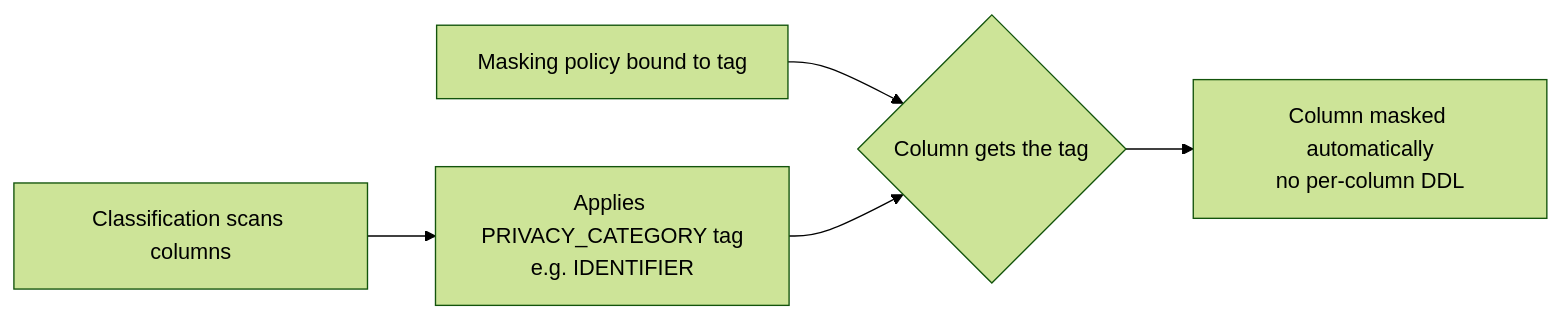
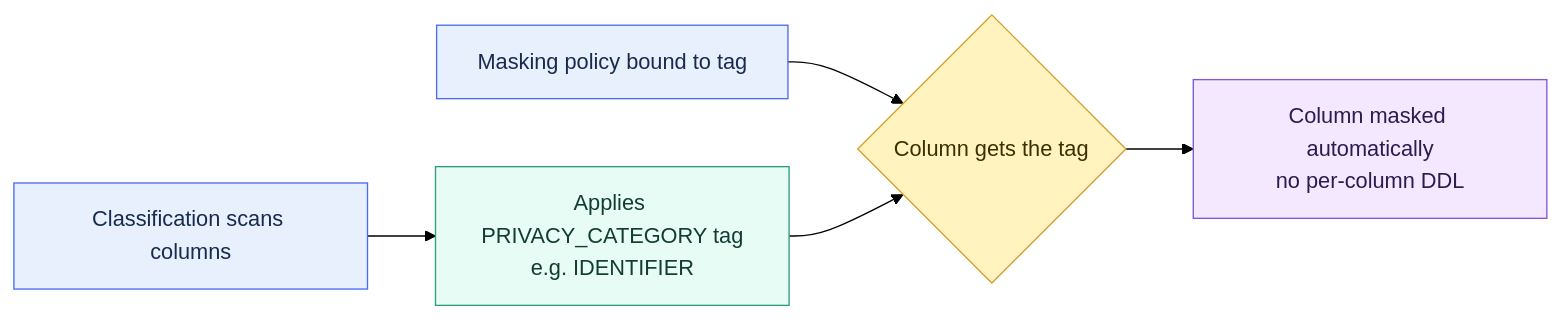
The diagram in 01 Snowflake/03 Security and Governance/15 Data Classification.md (shonningsoy/Upskill), drawn with Mermaid (forest theme) before and after one commit. The commit also changed other lines of this file and 7 other files, not shown here.

````diff
--- a/01 Snowflake/03 Security and Governance/15 Data Classification.md
+++ b/01 Snowflake/03 Security and Governance/15 Data Classification.md
@@ -68,7 +70,18 @@
 ```mermaid
 flowchart LR
     A[Classification scans columns] --> B[Applies PRIVACY_CATEGORY tag<br/>e.g. IDENTIFIER]
     C[Masking policy bound to tag] --> D{Column gets the tag}
     B --> D
     D --> E[Column masked automatically<br/>no per-column DDL]
+
+    classDef input fill:#E8F0FE,stroke:#4C6EF5,color:#172B4D
+    classDef control fill:#FFF3BF,stroke:#D69E2E,color:#3D2E00
+    classDef snowflake fill:#E6FCF5,stroke:#2F9E7B,color:#123C34
+    classDef platform fill:#F1F3F5,stroke:#868E96,color:#212529
+    classDef output fill:#F3E8FF,stroke:#805AD5,color:#2D1B4E
+
+    class A,C input
+    class B snowflake
+    class D control
+    class E output
 ```
````
